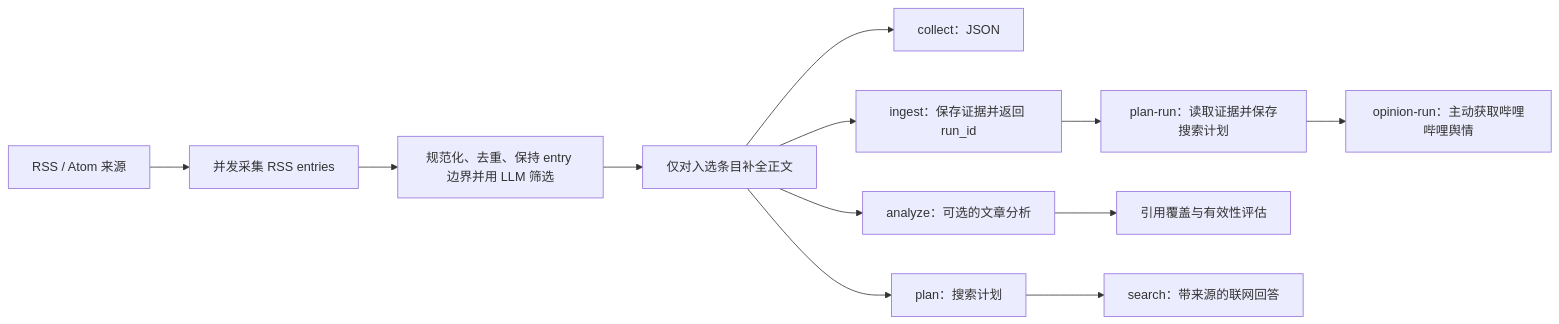
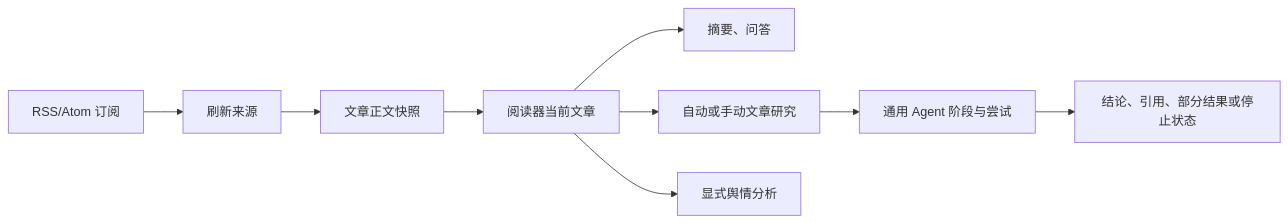
Before and after one commit to Ita-Hloks/InformationAgent: the diagram in README.md, drawn with Mermaid. The commit also changed other lines of this file and 31 other files, not shown here.

````diff
--- a/README.md
+++ b/README.md
@@ -64,14 +52,11 @@
 ```mermaid
 flowchart LR
-    A["RSS / Atom 来源"] --> B["并发采集 RSS entries"]
-    B --> C["规范化、去重、保持 entry 边界并用 LLM 筛选"]
-    C --> D0["仅对入选条目补全正文"]
-    D0 --> D["collect：JSON"]
-    D0 --> E["ingest：保存证据并返回 run_id"]
-    E --> J["plan-run：读取证据并保存搜索计划"]
-    J --> K["opinion-run：主动获取哔哩哔哩舆情"]
-    D0 --> F["analyze：可选的文章分析"]
-    F --> G["引用覆盖与有效性评估"]
-    D0 --> H["plan：搜索计划"]
-    H --> I["search：带来源的联网回答"]
+    A[RSS/Atom 订阅] --> B[刷新来源]
+    B --> C[文章正文快照]
+    C --> D[阅读器当前文章]
+    D --> E[摘要、问答]
+    D --> F[自动或手动文章研究]
+    F --> G[通用 Agent 阶段与尝试]
+    G --> H[结论、引用、部分结果或停止状态]
+    D --> I[显式舆情分析]
 ```
````
